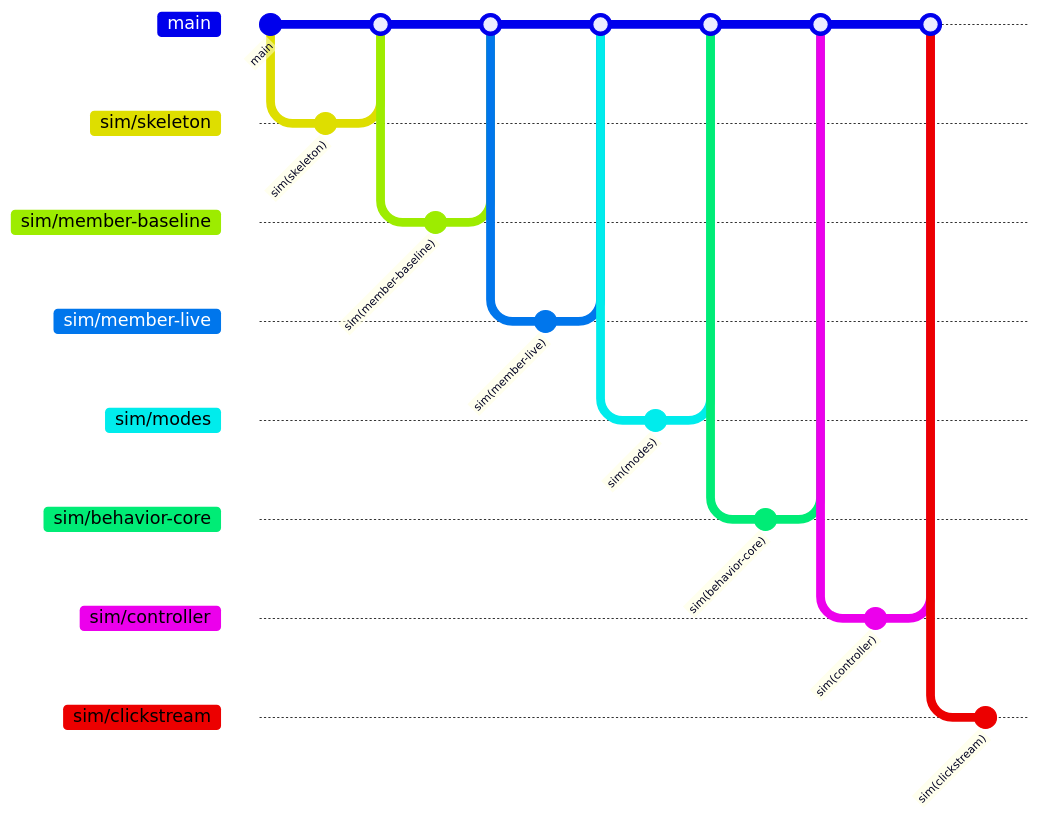
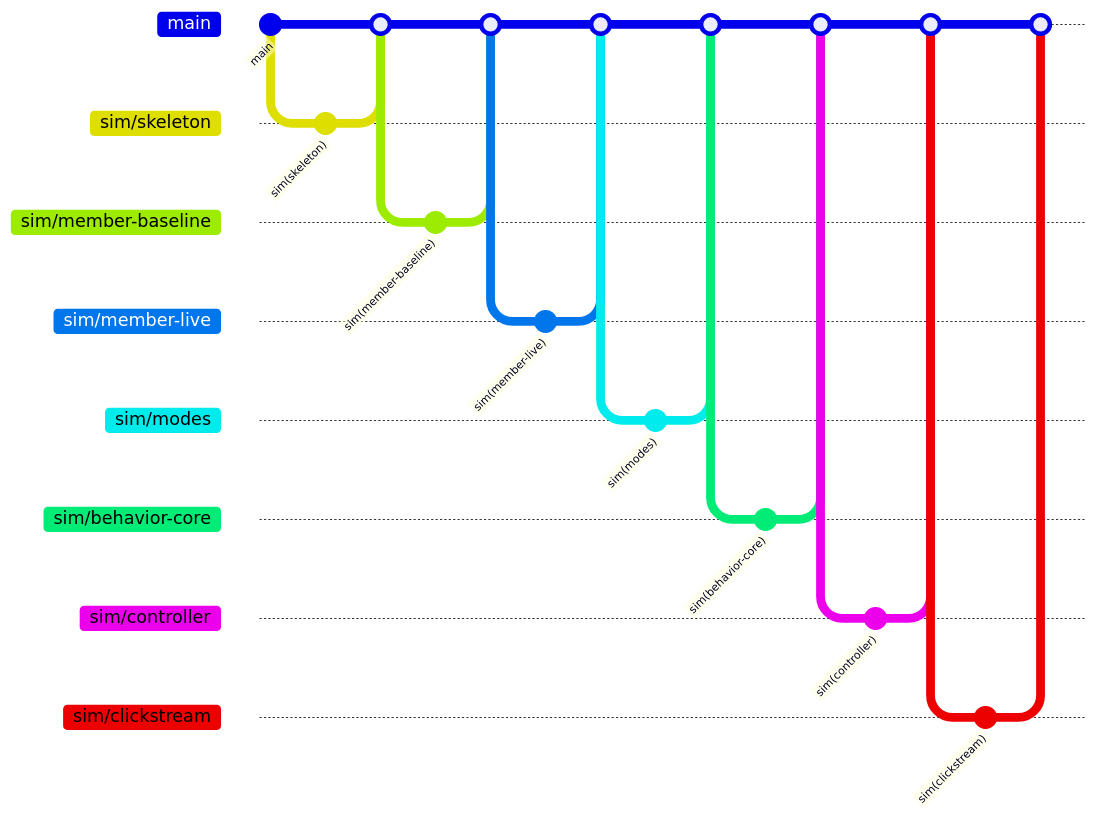
The diagram in docs/BRANCHES.md (josiah113366-sketch/clothes-query), drawn with Mermaid before and after one commit. The commit also changed other lines of this file and 2 other files, not shown here.

Commit message:
docs(sim/clickstream): 작업 결과 기록

````diff
--- a/docs/BRANCHES.md
+++ b/docs/BRANCHES.md
@@ -35,30 +35,32 @@
 ```mermaid
 gitGraph
   commit id: "main"
   branch sim/skeleton
   commit id: "sim(skeleton)"
   checkout main
   merge sim/skeleton
   branch sim/member-baseline
   commit id: "sim(member-baseline)"
   checkout main
   merge sim/member-baseline
   branch sim/member-live
   commit id: "sim(member-live)"
   checkout main
   merge sim/member-live
   branch sim/modes
   commit id: "sim(modes)"
   checkout main
   merge sim/modes
   branch sim/behavior-core
   commit id: "sim(behavior-core)"
   checkout main
   merge sim/behavior-core
   branch sim/controller
   commit id: "sim(controller)"
   checkout main
   merge sim/controller
   branch sim/clickstream
   commit id: "sim(clickstream)"
+  checkout main
+  merge sim/clickstream
 ```
````
